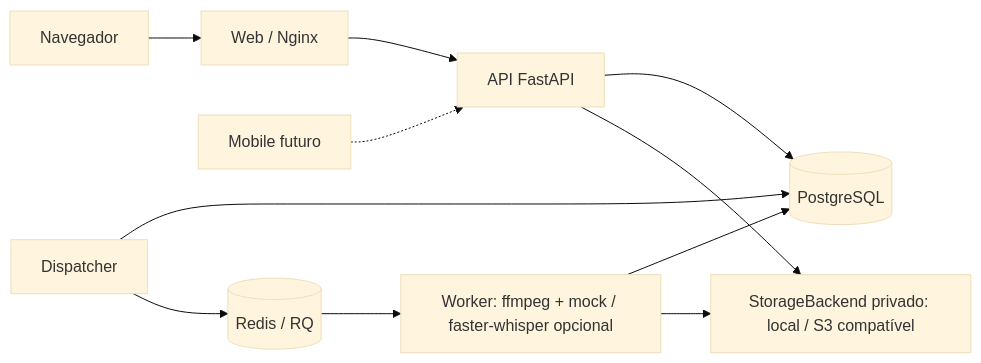
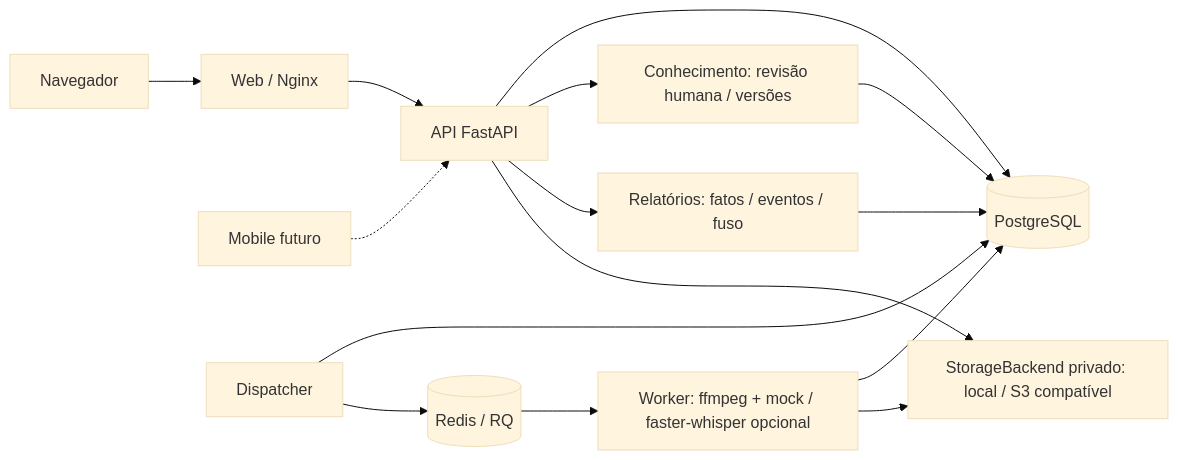
One commit to matheusenalt/SolDesk changed the diagram in ARQUITETURA.md. Above: the diagram before and after it, drawn with Mermaid (base theme). The commit also changed other lines of this file and 40 other files, not shown here.

````diff
--- a/ARQUITETURA.md
+++ b/ARQUITETURA.md
@@ -7,13 +40,17 @@
 ```mermaid
 flowchart LR
   N[Navegador] --> W[Web / Nginx]
   W --> A[API FastAPI]
   A --> P[(PostgreSQL)]
+  A --> K[Conhecimento: revisão humana / versões]
+  K --> P
+  A --> F[Relatórios: fatos / eventos / fuso]
+  F --> P
   M[Mobile futuro] -.-> A
   A --> S[StorageBackend privado: local / S3 compatível]
   D[Dispatcher] --> P
   D --> R[(Redis / RQ)]
   R --> T[Worker: ffmpeg + mock / faster-whisper opcional]
   T --> P
   T --> S
 ```
````
